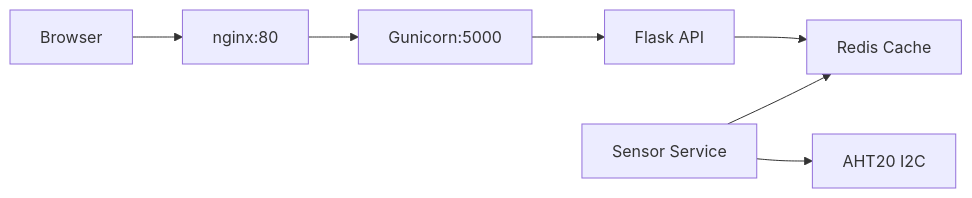
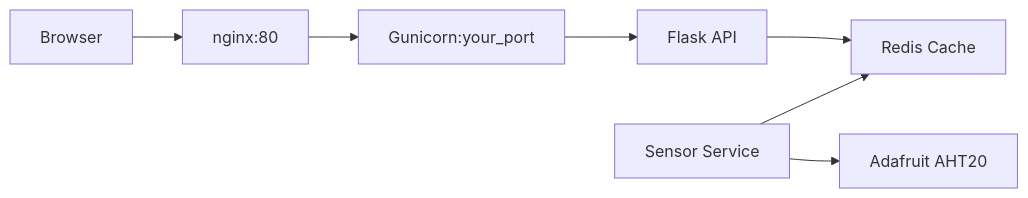
Before and after one commit to PanaAnt/environmental-monitoring-dashboard: the diagram in README.md, drawn with Mermaid. The commit also changed other lines of this file, not shown here.

````diff
--- a/README.md
+++ b/README.md
@@ -58,9 +58,9 @@
 ```mermaid
 graph LR
     A[Browser] --> B[nginx:80]
-    B --> C[Gunicorn:5000]
+    B --> C[Gunicorn:your_port]
     C --> D[Flask API]
     D --> E[Redis Cache]
     F[Sensor Service] --> E
-    F --> G[AHT20 I2C]
+    F --> G[Adafruit AHT20]
 ```
````
